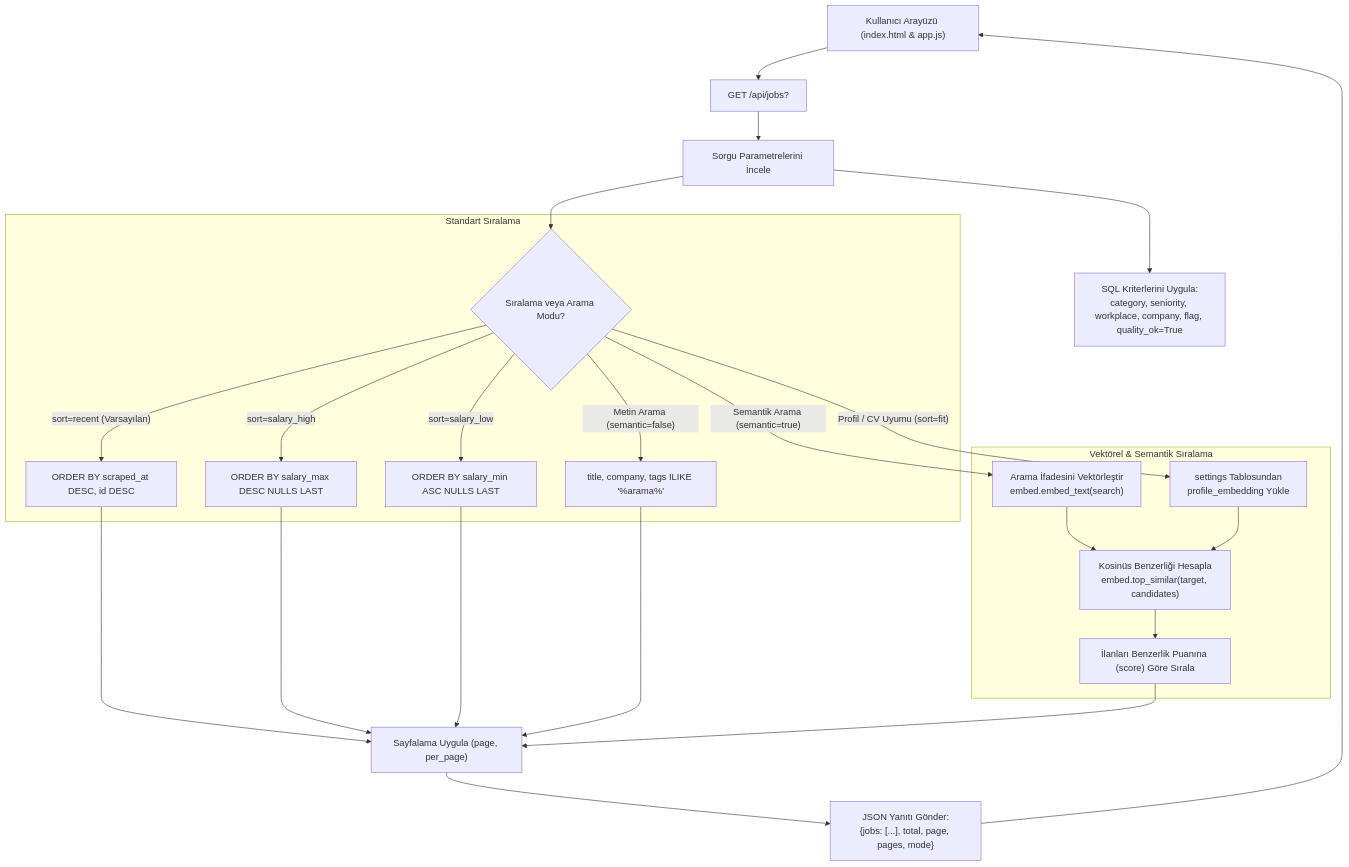
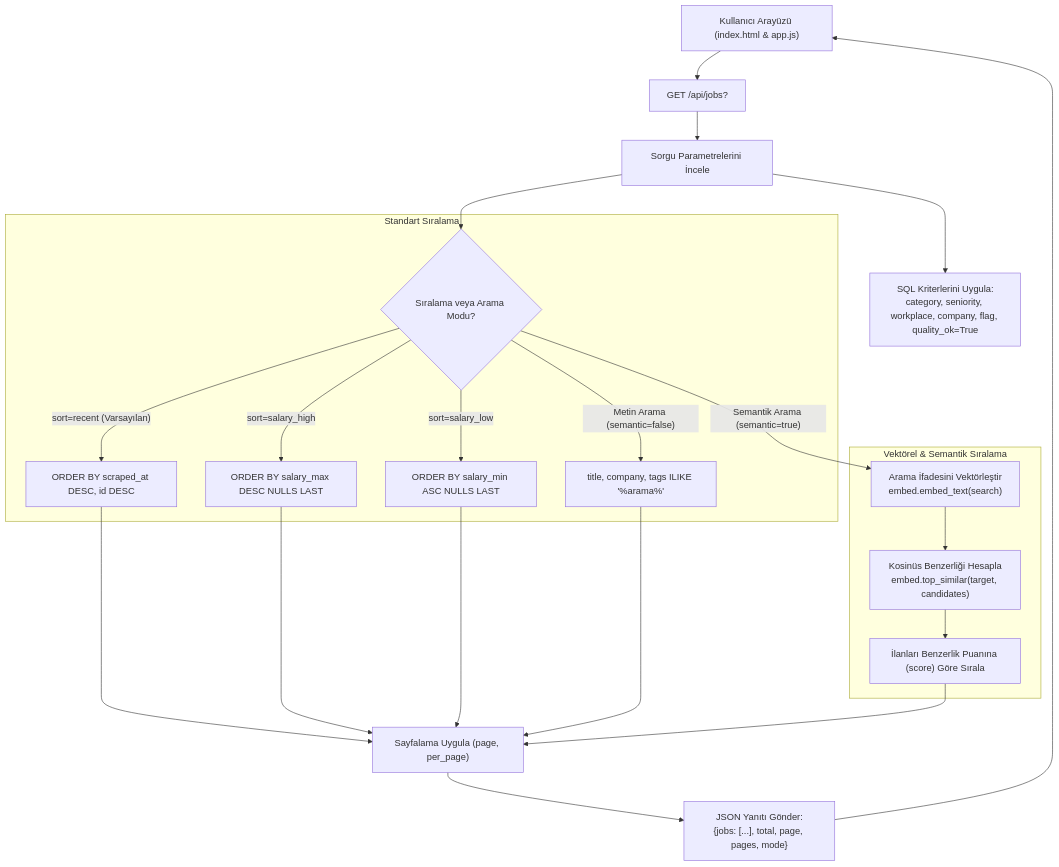
The fifth of 5 diagrams in README.md (tracecorp24/job_collector), drawn with Mermaid before and after one commit. The commit also changed other lines of this file and 31 other files, not shown here.

````diff
--- a/README.md
+++ b/README.md
@@ -269,34 +269,31 @@
 ```mermaid
 flowchart TD
     Client["Kullanıcı Arayüzü (index.html & app.js)"] --> Request["GET /api/jobs?<parametreler>"]
     
     Request --> CheckFilter["Sorgu Parametrelerini İncele"]
     CheckFilter --> SQLFilters["SQL Kriterlerini Uygula:<br/>category, seniority, workplace, company, flag, quality_ok=True"]
 
     CheckFilter --> CheckSort{"Sıralama veya Arama Modu?"}
 
     subgraph TRADITIONAL["Standart Sıralama"]
         CheckSort -- "sort=recent (Varsayılan)" --> SortRecent["ORDER BY scraped_at DESC, id DESC"]
         CheckSort -- "sort=salary_high" --> SortSalHigh["ORDER BY salary_max DESC NULLS LAST"]
         CheckSort -- "sort=salary_low" --> SortSalLow["ORDER BY salary_min ASC NULLS LAST"]
         CheckSort -- "Metin Arama (semantic=false)" --> TextSearch["title, company, tags ILIKE '%arama%'"]
     end
 
     subgraph VECTOR["Vektörel & Semantik Sıralama"]
         CheckSort -- "Semantik Arama (semantic=true)" --> SearchVec["Arama İfadesini Vektörleştir<br/>embed.embed_text(search)"]
-        CheckSort -- "Profil / CV Uyumu (sort=fit)" --> ProfileVec["settings Tablosundan<br/>profile_embedding Yükle"]
-
         SearchVec --> CosineCalc["Kosinüs Benzerliği Hesapla<br/>embed.top_similar(target, candidates)"]
-        ProfileVec --> CosineCalc
         CosineCalc --> ReRank["İlanları Benzerlik Puanına (score) Göre Sırala"]
     end
 
     SortRecent --> Paginate["Sayfalama Uygula (page, per_page)"]
     SortSalHigh --> Paginate
     SortSalLow --> Paginate
     TextSearch --> Paginate
     ReRank --> Paginate
 
     Paginate --> ReturnJSON["JSON Yanıtı Gönder:<br/>{jobs: [...], total, page, pages, mode}"]
     ReturnJSON --> Client
 ```
````
